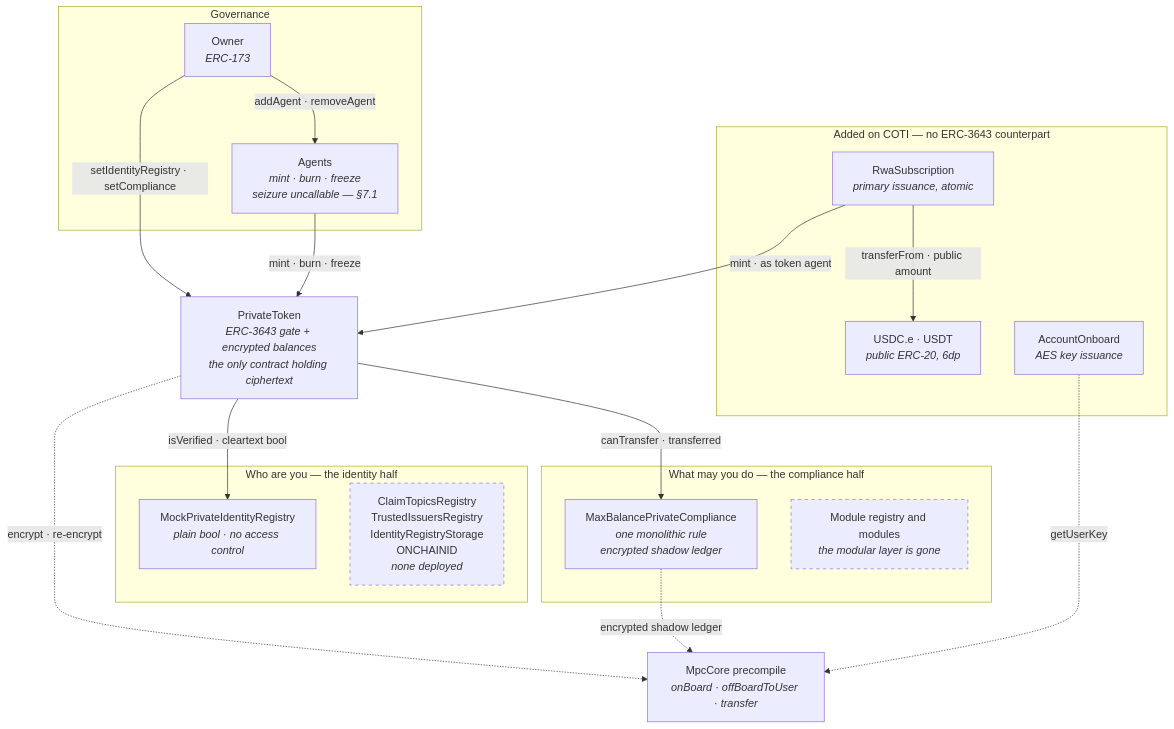
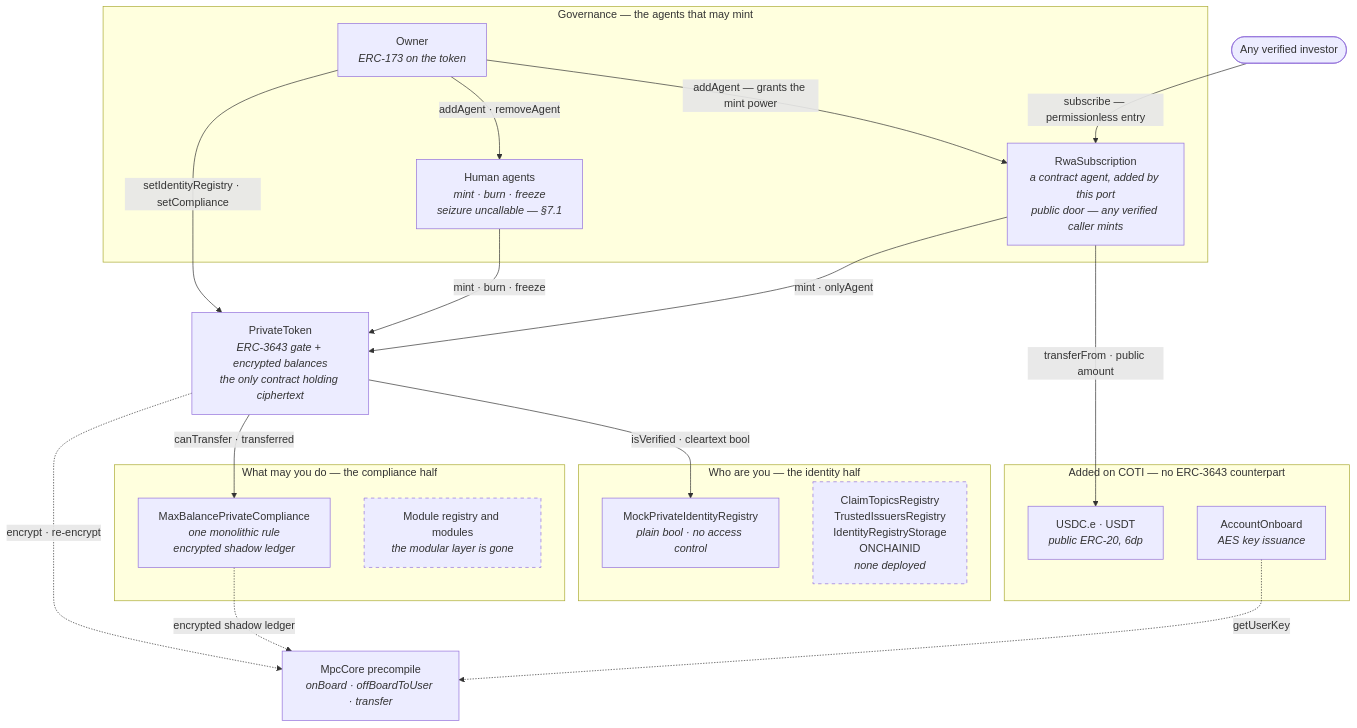
The first of 2 diagrams in PRIVACY-IMPLEMENTATION.md (plucena/rwa), drawn with Mermaid before and after one commit. The commit also changed other lines of this file, not shown here.

````diff
--- a/PRIVACY-IMPLEMENTATION.md
+++ b/PRIVACY-IMPLEMENTATION.md
@@ -70,44 +70,48 @@
 ```mermaid
 graph TB
-    subgraph Roles["Governance"]
-        Owner["Owner<br/><i>ERC-173</i>"]
-        Agent["Agents<br/><i>mint · burn · freeze</i><br/><i>seizure uncallable — §7.1</i>"]
+    subgraph Roles["Governance — the agents that may mint"]
+        Owner["Owner<br/><i>ERC-173 on the token</i>"]
+        Agent["Human agents<br/><i>mint · burn · freeze</i><br/><i>seizure uncallable — §7.1</i>"]
+        S["RwaSubscription<br/><i>a contract agent, added by this port</i><br/><i>public door — any verified caller mints</i>"]
     end
+
+    Inv(["Any verified investor"])
 
     T["PrivateToken<br/><i>ERC-3643 gate + encrypted balances</i><br/><i>the only contract holding ciphertext</i>"]
 
     subgraph Identity["Who are you — the identity half"]
         IR["MockPrivateIdentityRegistry<br/><i>plain bool · no access control</i>"]
         ABS["ClaimTopicsRegistry<br/>TrustedIssuersRegistry<br/>IdentityRegistryStorage<br/>ONCHAINID<br/><i>none deployed</i>"]
     end
 
     subgraph Rules["What may you do — the compliance half"]
         MC["MaxBalancePrivateCompliance<br/><i>one monolithic rule</i><br/><i>encrypted shadow ledger</i>"]
         MODS["Module registry and modules<br/><i>the modular layer is gone</i>"]
     end
 
     subgraph New["Added on COTI — no ERC-3643 counterpart"]
-        S["RwaSubscription<br/><i>primary issuance, atomic</i>"]
         Pay["USDC.e · USDT<br/><i>public ERC-20, 6dp</i>"]
         Onb["AccountOnboard<br/><i>AES key issuance</i>"]
     end
 
     MPC["MpcCore precompile<br/><i>onBoard · offBoardToUser · transfer</i>"]
 
     Owner -->|"setIdentityRegistry · setCompliance"| T
     Owner -->|"addAgent · removeAgent"| Agent
+    Owner -->|"addAgent — grants the mint power"| S
     Agent -->|"mint · burn · freeze"| T
 
-    S -->|"mint · as token agent"| T
+    Inv -->|"subscribe — permissionless entry"| S
+    S -->|"mint · onlyAgent"| T
     S -->|"transferFrom · public amount"| Pay
 
     T -->|"isVerified · cleartext bool"| IR
     T -->|"canTransfer · transferred"| MC
 
     T -.->|"encrypt · re-encrypt"| MPC
     MC -.->|"encrypted shadow ledger"| MPC
     Onb -.->|"getUserKey"| MPC
 
     classDef absent stroke-dasharray:5 5
     class ABS,MODS absent
 ```
````
